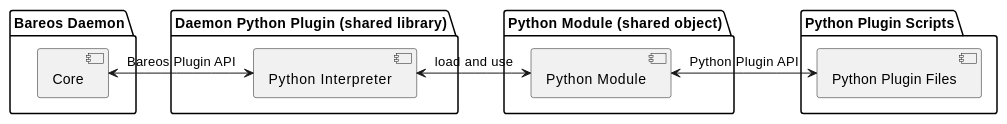
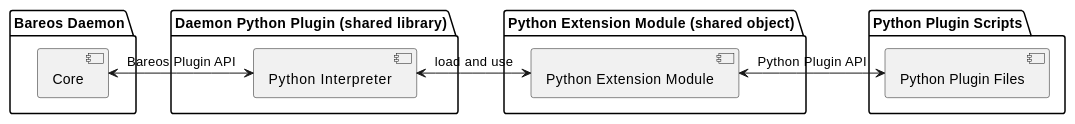
One commit to bareos/bareos changed the second of 2 diagrams in docs/manuals/source/TasksAndConcepts/Plugins.rst. Above: the diagram before and after it, drawn with PlantUML. The commit also changed other lines of this file, not shown here.

Commit message:
python3: use the term "python extension module"

```diff
--- a/docs/manuals/source/TasksAndConcepts/Plugins.rst
+++ b/docs/manuals/source/TasksAndConcepts/Plugins.rst
@@ -153,23 +153,23 @@
 .. uml::
   :caption: Bareos Python Plugin Architecture for Bareos >= 20
 
   package "Bareos Daemon" {
   [Core]
   }
 
   package "Daemon Python Plugin (shared library)" {
   [Python Interpreter]
   }
 
-  package "Python Module (shared object)" {
-  [Python Module]
+  package "Python Extension Module (shared object)" {
+  [Python Extension Module]
   }
 
   package "Python Plugin Scripts" {
   [Python Plugin Files]
   }
 
   [Core] <-> [Python Interpreter] : Bareos Plugin API
 
-  [Python Interpreter] <-> [Python Module] :  load and use
-  [Python Module] <-> [Python Plugin Files] : Python Plugin API
+  [Python Interpreter] <-> [Python Extension Module] :  load and use
+  [Python Extension Module] <-> [Python Plugin Files] : Python Plugin API
```
